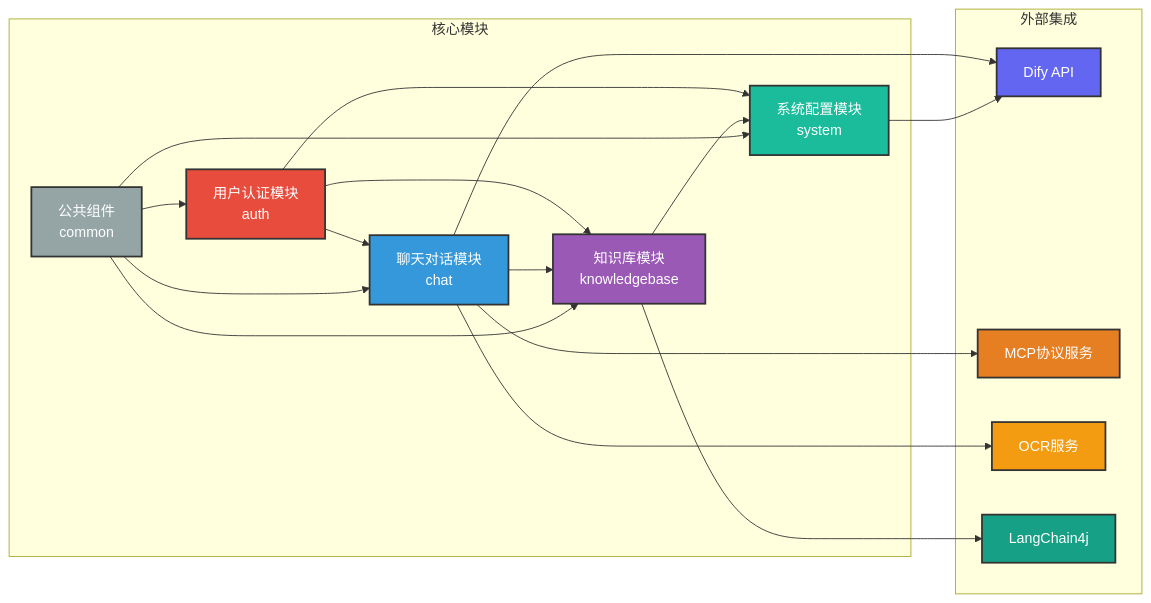
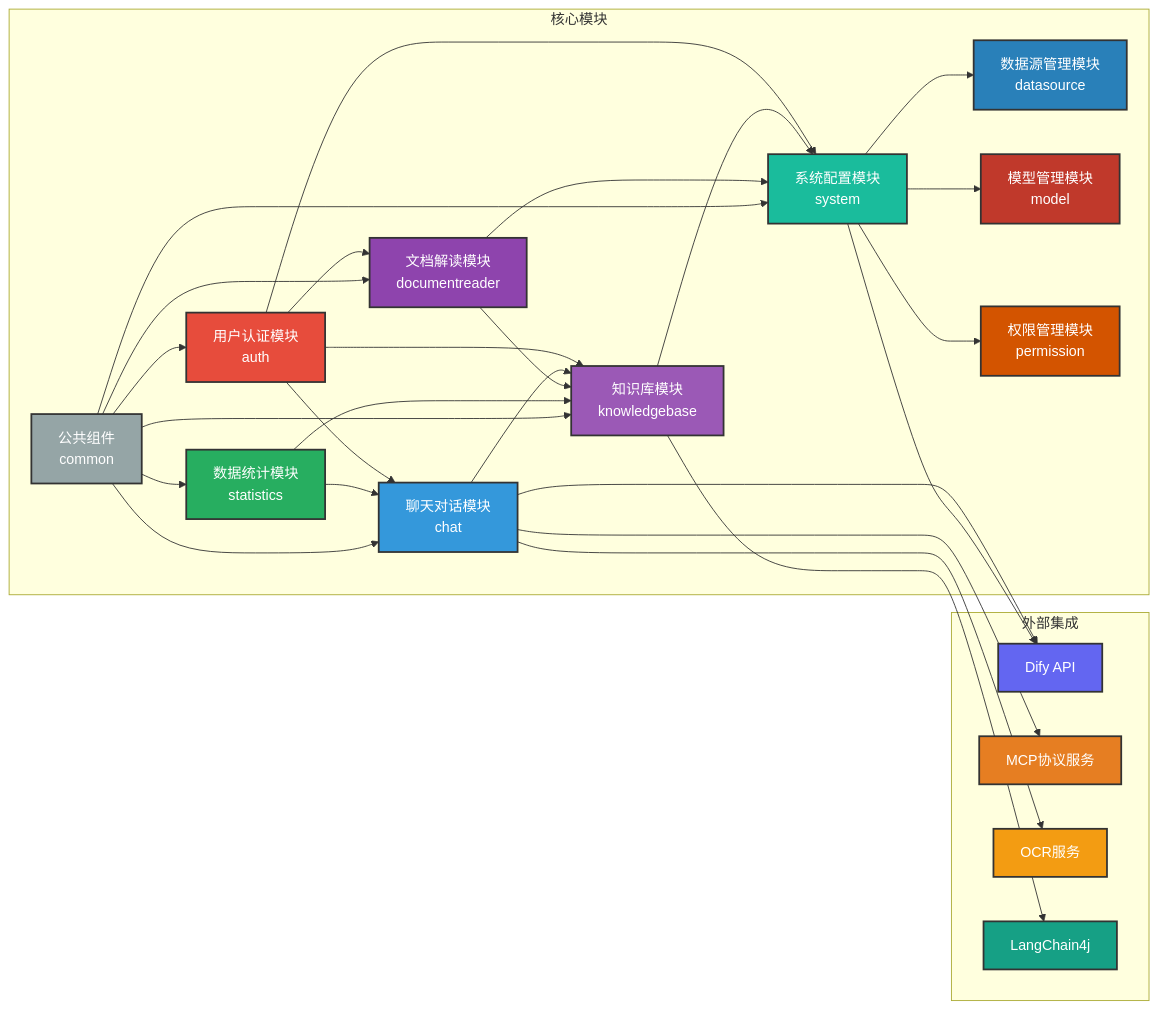
One commit to NanoAgentCode/DifyApp changed the third of 3 diagrams in backend/README-backend.md. Above: the diagram before and after it, drawn with Mermaid. The commit also changed other lines of this file and 2 other files, not shown here.

Commit message:
新增文档解读和数据统计模块，包含文档上传、解析、问答、翻译、思维导图生成等功能

````diff
--- a/backend/README-backend.md
+++ b/backend/README-backend.md
@@ -169,42 +175,62 @@
 ```mermaid
 graph LR
     subgraph "核心模块"
         Auth[用户认证模块<br/>auth]
         Chat[聊天对话模块<br/>chat]
         KB[知识库模块<br/>knowledgebase]
         System[系统配置模块<br/>system]
+        DocReader[文档解读模块<br/>documentreader]
+        Statistics[数据统计模块<br/>statistics]
+        DataSource[数据源管理模块<br/>datasource]
+        Model[模型管理模块<br/>model]
+        Permission[权限管理模块<br/>permission]
         Common[公共组件<br/>common]
     end
     
     subgraph "外部集成"
         Dify[Dify API]
         MCP[MCP协议服务]
         OCR[OCR服务]
         LangChain[LangChain4j]
     end
     
     Auth --> Chat
     Auth --> KB
     Auth --> System
+    Auth --> DocReader
     Chat --> KB
     Chat --> Dify
     Chat --> MCP
     Chat --> OCR
     KB --> LangChain
     KB --> System
+    DocReader --> KB
+    DocReader --> System
     System --> Dify
+    System --> DataSource
+    System --> Model
+    System --> Permission
+    Statistics --> Chat
+    Statistics --> KB
     Common --> Auth
     Common --> Chat
     Common --> KB
     Common --> System
+    Common --> DocReader
+    Common --> Statistics
     
     style Auth fill:#e74c3c,stroke:#333,stroke-width:2px,color:#fff
     style Chat fill:#3498db,stroke:#333,stroke-width:2px,color:#fff
     style KB fill:#9b59b6,stroke:#333,stroke-width:2px,color:#fff
     style System fill:#1abc9c,stroke:#333,stroke-width:2px,color:#fff
+    style DocReader fill:#8e44ad,stroke:#333,stroke-width:2px,color:#fff
+    style Statistics fill:#27ae60,stroke:#333,stroke-width:2px,color:#fff
+    style DataSource fill:#2980b9,stroke:#333,stroke-width:2px,color:#fff
+    style Model fill:#c0392b,stroke:#333,stroke-width:2px,color:#fff
+    style Permission fill:#d35400,stroke:#333,stroke-width:2px,color:#fff
     style Common fill:#95a5a6,stroke:#333,stroke-width:2px,color:#fff
     style Dify fill:#6366f1,stroke:#333,stroke-width:2px,color:#fff
     style MCP fill:#e67e22,stroke:#333,stroke-width:2px,color:#fff
     style OCR fill:#f39c12,stroke:#333,stroke-width:2px,color:#fff
     style LangChain fill:#16a085,stroke:#333,stroke-width:2px,color:#fff
 ```
````
